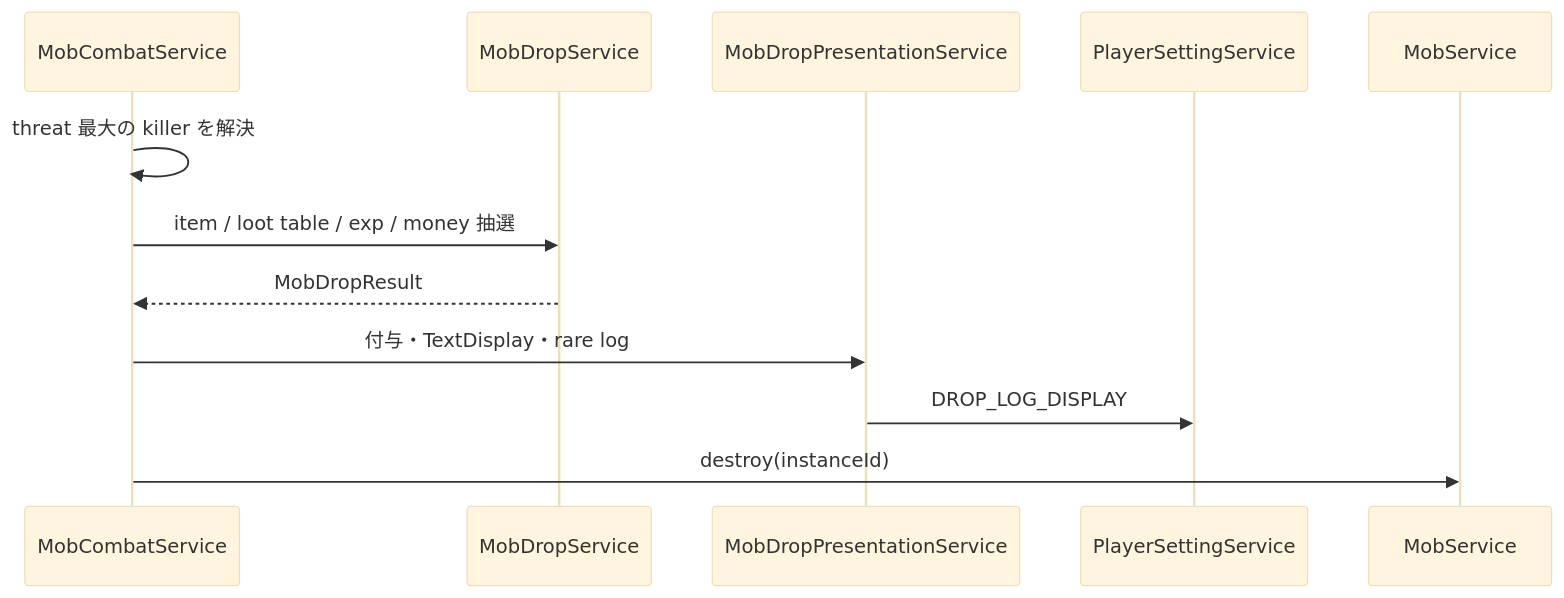
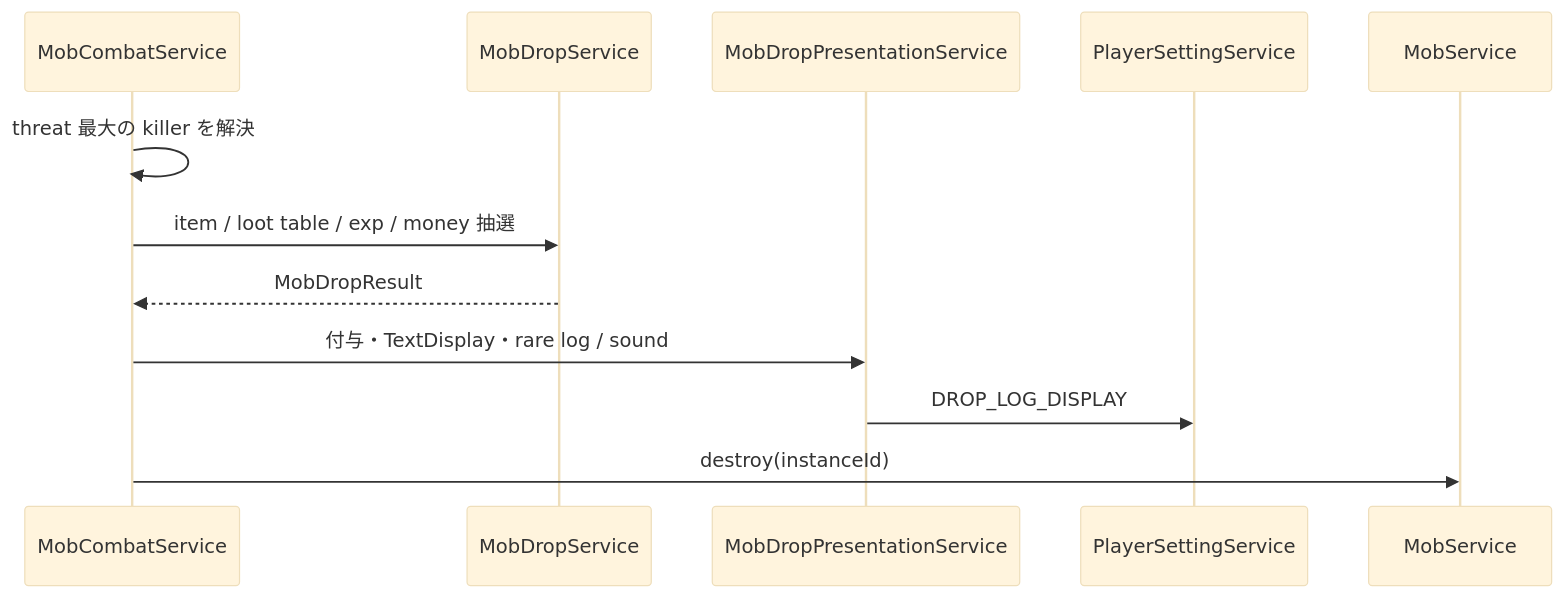
Before and after one commit to maaasu/AstralRecord-Workspace: the fifth of 7 diagrams in 00_docs/10_Plugin設計書/feature/12-mob/12_4-統合フロー.md, drawn with Mermaid (base theme). The commit also changed other lines of this file and 3 other files, not shown here.

````diff
--- a/00_docs/10_Plugin設計書/feature/12-mob/12_4-統合フロー.md
+++ b/00_docs/10_Plugin設計書/feature/12-mob/12_4-統合フロー.md
@@ -141,15 +141,15 @@
 ```mermaid
 sequenceDiagram
     participant Combat as MobCombatService
     participant Drop as MobDropService
     participant Present as MobDropPresentationService
     participant Setting as PlayerSettingService
     participant Mob as MobService
 
     Combat->>Combat: threat 最大の killer を解決
     Combat->>Drop: item / loot table / exp / money 抽選
     Drop-->>Combat: MobDropResult
-    Combat->>Present: 付与・TextDisplay・rare log
+    Combat->>Present: 付与・TextDisplay・rare log / sound
     Present->>Setting: DROP_LOG_DISPLAY
     Combat->>Mob: destroy(instanceId)
 ```
````
